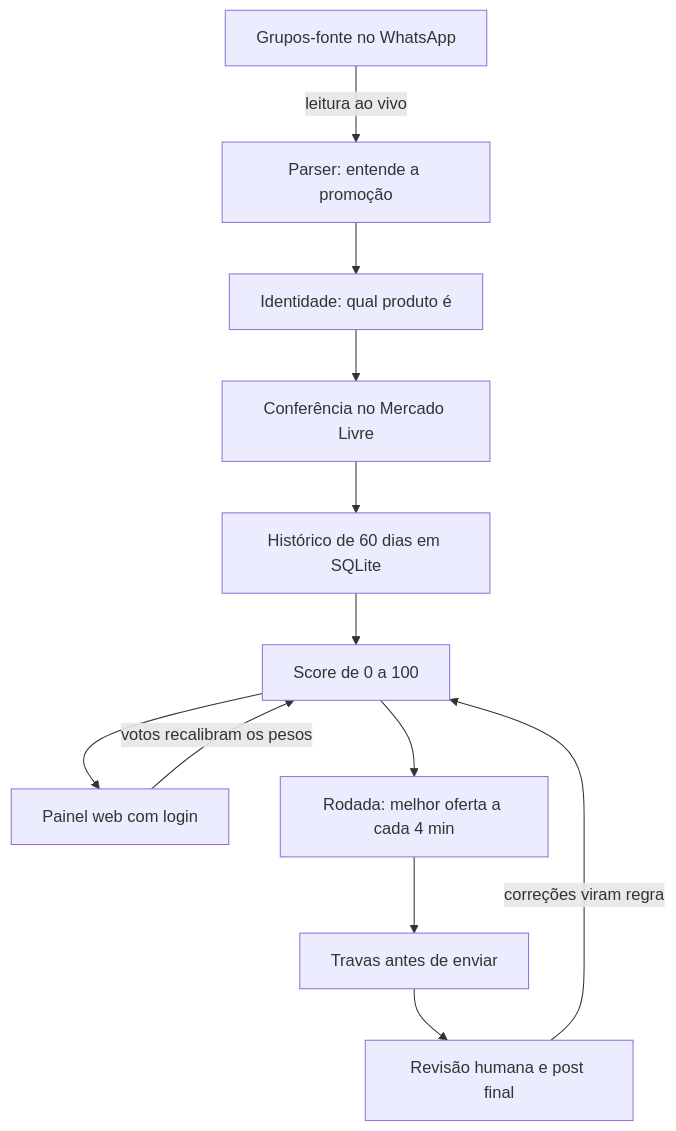
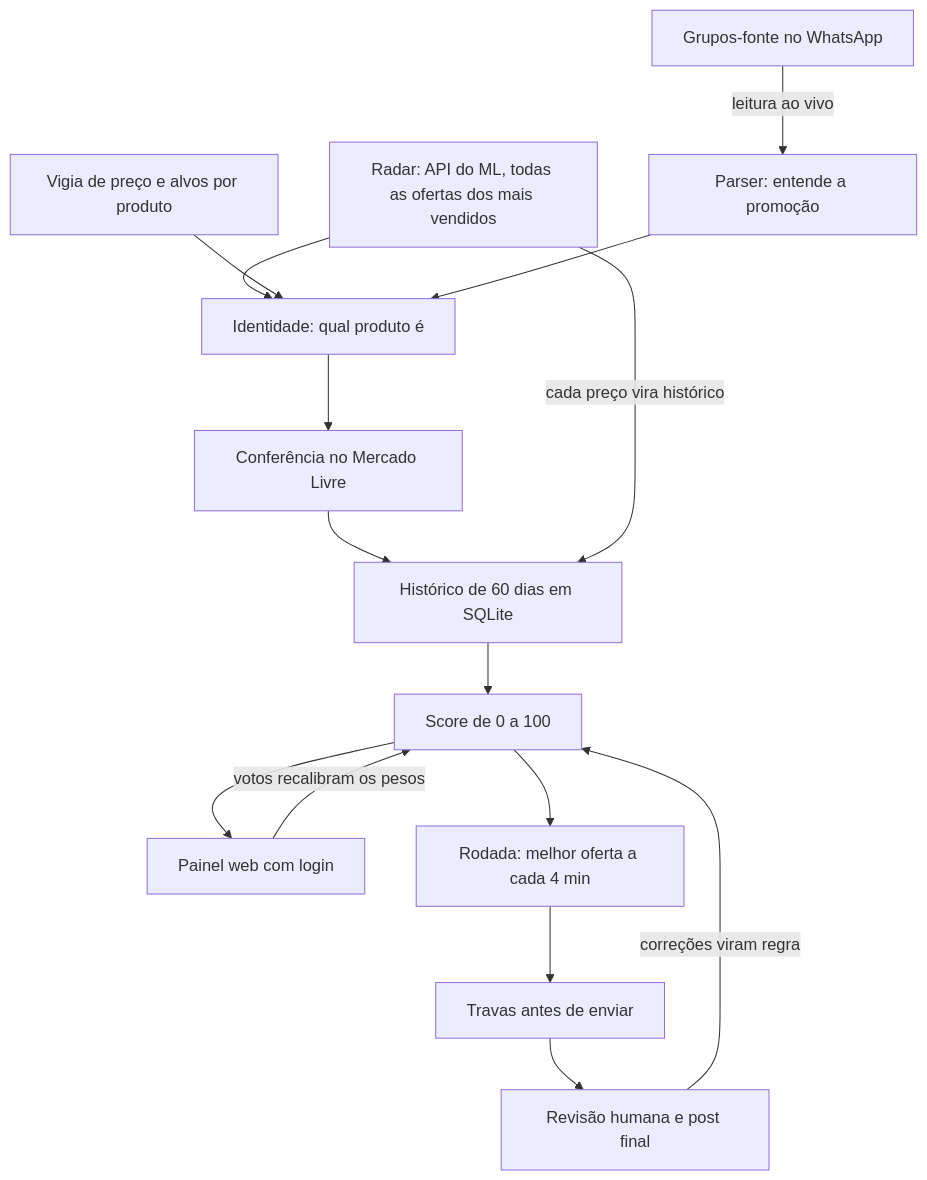
Before and after one commit to BrenoBuckerManarin/curadora-de-ofertas: the diagram in README.md, drawn with Mermaid. The commit also changed other lines of this file, not shown here.

Commit message:
README: radar do Mercado Livre, vigia de preço e alvos por produto

````diff
--- a/README.md
+++ b/README.md
@@ -42,14 +50,17 @@
 ```mermaid
 flowchart TD
     A[Grupos-fonte no WhatsApp] -->|leitura ao vivo| B[Parser: entende a promoção]
+    R[Radar: API do ML, todas as ofertas dos mais vendidos] --> C
+    V[Vigia de preço e alvos por produto] --> C
     B --> C[Identidade: qual produto é]
     C --> D[Conferência no Mercado Livre]
     D --> E[Histórico de 60 dias em SQLite]
+    R -->|cada preço vira histórico| E
     E --> F[Score de 0 a 100]
     F --> G[Painel web com login]
     F --> H[Rodada: melhor oferta a cada 4 min]
     H --> I[Travas antes de enviar]
     I --> J[Revisão humana e post final]
     J -->|correções viram regra| F
     G -->|votos recalibram os pesos| F
 ```
````
